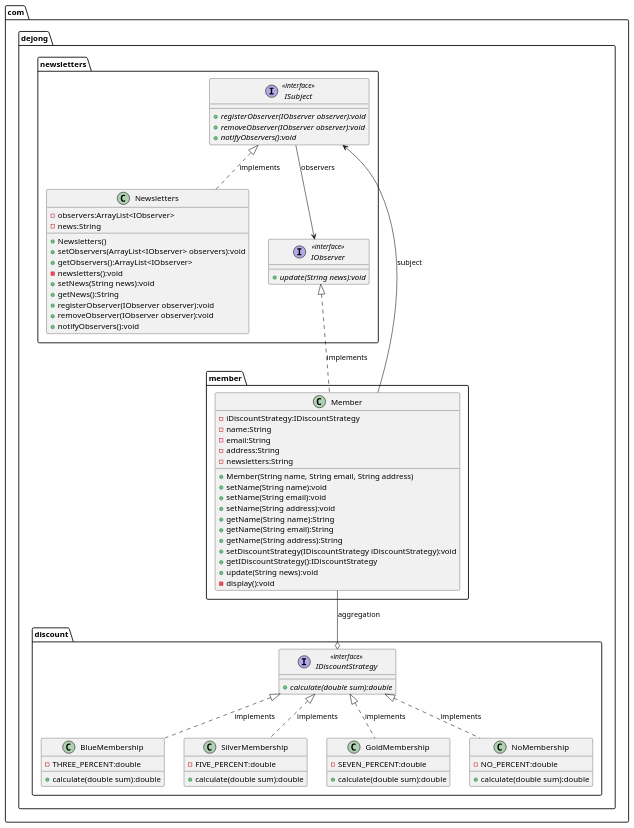
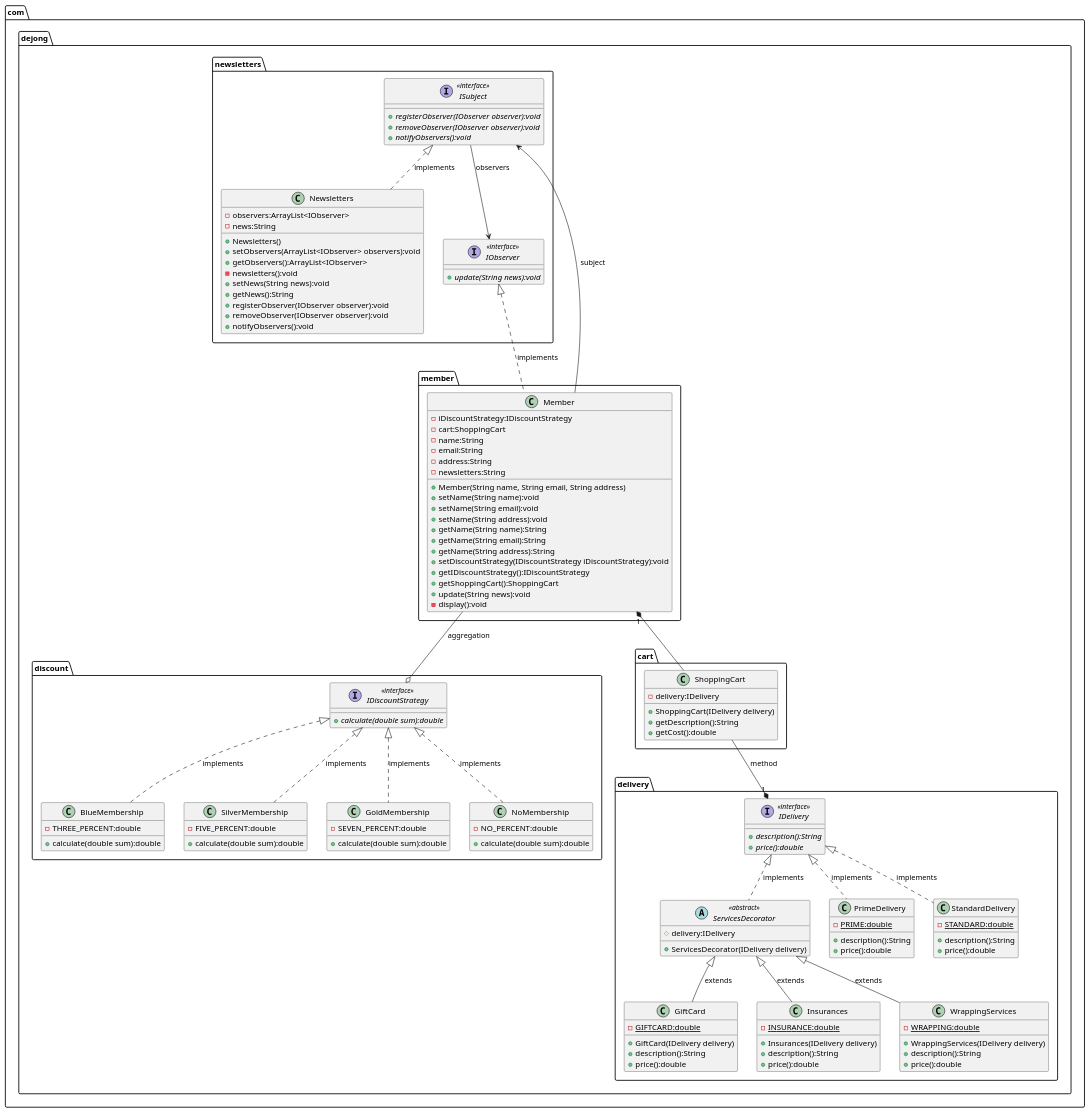
The diagram in online-shopping/online-shopping.puml (dejongyeong/design-patterns), drawn with PlantUML before and after one commit. The commit also changed 13 other files, not shown here.

First line of the commit message:
Decorator Pattern implemention in Delivery Options including Unit Testing

```diff
--- a/online-shopping/online-shopping.puml
+++ b/online-shopping/online-shopping.puml
@@ -1,76 +1,128 @@
 @startuml
 
 'Concrete Class
 class com.dejong.discount.BlueMembership {
     - THREE_PERCENT:double
     + calculate(double sum):double
 }
 class com.dejong.discount.SilverMembership {
     - FIVE_PERCENT:double
     + calculate(double sum):double
 }
 class com.dejong.discount.GoldMembership {
     - SEVEN_PERCENT:double
     + calculate(double sum):double
 }
 class com.dejong.discount.NoMembership {
     - NO_PERCENT:double
     + calculate(double sum):double
 }
 class com.dejong.member.Member {
     - iDiscountStrategy:IDiscountStrategy
+    - cart:ShoppingCart
     - name:String
     - email:String
     - address:String
     - newsletters:String
     + Member(String name, String email, String address)
     + setName(String name):void
     + setName(String email):void
     + setName(String address):void
     + getName(String name):String
     + getName(String email):String
     + getName(String address):String
     + setDiscountStrategy(IDiscountStrategy iDiscountStrategy):void
     + getIDiscountStrategy():IDiscountStrategy
+    + getShoppingCart():ShoppingCart
     + update(String news):void
     - display():void
 }
 class com.dejong.newsletters.Newsletters {
     - observers:ArrayList<IObserver>
     - news:String
     + Newsletters()
     + setObservers(ArrayList<IObserver> observers):void
     + getObservers():ArrayList<IObserver>
     - newsletters():void
     + setNews(String news):void
     + getNews():String
     + registerObserver(IObserver observer):void
     + removeObserver(IObserver observer):void
     + notifyObservers():void
 }
+abstract class com.dejong.delivery.ServicesDecorator << abstract >> {
+    # delivery:IDelivery
+    + ServicesDecorator(IDelivery delivery)
+}
+class com.dejong.delivery.GiftCard {
+    - {static} GIFTCARD:double
+    + GiftCard(IDelivery delivery)
+    + {method} description():String
+    + {method} price():double
+}
+class com.dejong.delivery.Insurances{
+    - {static} INSURANCE:double
+    + Insurances(IDelivery delivery)
+    + {method} description():String
+    + {method} price():double
+}
+class com.dejong.delivery.PrimeDelivery {
+    - {static} PRIME:double
+    + {method} description():String
+    + {method} price():double
+}
+class com.dejong.delivery.StandardDelivery {
+    - {static} STANDARD:double
+    + {method} description():String
+    + {method} price():double
+}
+class com.dejong.delivery.WrappingServices {
+    - {static} WRAPPING:double
+    + WrappingServices(IDelivery delivery)
+    + {method} description():String
+    + {method} price():double
+}
+class com.dejong.cart.ShoppingCart {
+    - delivery:IDelivery
+    + ShoppingCart(IDelivery delivery)
+    + getDescription():String
+    + getCost():double
+}
 
 'Interface
 interface com.dejong.discount.IDiscountStrategy << interface >> {
     + {abstract} calculate(double sum):double
 }
 interface com.dejong.newsletters.ISubject << interface >> {
     + {abstract} registerObserver(IObserver observer):void
     + {abstract} removeObserver(IObserver observer):void
     + {abstract} notifyObservers():void
 }
 interface com.dejong.newsletters.IObserver << interface >> {
     + {abstract} update(String news):void
 }
+interface com.dejong.delivery.IDelivery << interface >> {
+    + {abstract} description():String
+    + {abstract} price():double
+}
 
 'Relationships
 com.dejong.member.Member --o com.dejong.discount.IDiscountStrategy : aggregation
 com.dejong.discount.IDiscountStrategy <|.. com.dejong.discount.BlueMembership : implements
 com.dejong.discount.IDiscountStrategy <|.. com.dejong.discount.SilverMembership : implements
 com.dejong.discount.IDiscountStrategy <|.. com.dejong.discount.GoldMembership : implements
 com.dejong.discount.IDiscountStrategy <|.. com.dejong.discount.NoMembership : implements
 com.dejong.newsletters.IObserver <|.. com.dejong.member.Member : implements
 com.dejong.newsletters.ISubject <|.. com.dejong.newsletters.Newsletters : implements
 com.dejong.newsletters.ISubject --> com.dejong.newsletters.IObserver : observers
 com.dejong.member.Member --> com.dejong.newsletters.ISubject : subject
+com.dejong.member.Member "1" *-- com.dejong.cart.ShoppingCart
+com.dejong.cart.ShoppingCart --* "1" com.dejong.delivery.IDelivery : " method"
+com.dejong.delivery.IDelivery <|.. com.dejong.delivery.PrimeDelivery : implements
+com.dejong.delivery.IDelivery <|.. com.dejong.delivery.StandardDelivery : implements
+com.dejong.delivery.IDelivery <|.. com.dejong.delivery.ServicesDecorator : implements
+com.dejong.delivery.ServicesDecorator <|-- com.dejong.delivery.WrappingServices : extends
+com.dejong.delivery.ServicesDecorator <|-- com.dejong.delivery.GiftCard : extends
+com.dejong.delivery.ServicesDecorator <|-- com.dejong.delivery.Insurances : extends
 
 @enduml
```
